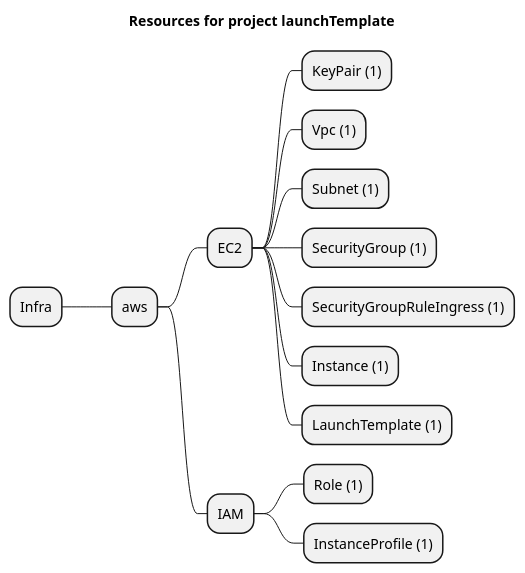
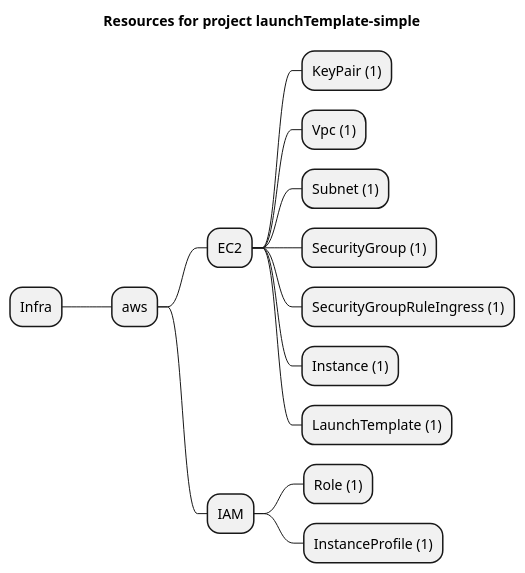
Before and after one commit to grucloud/grucloud: the diagram in examples/aws/EC2/LaunchTemplate/launchTemplate-simple/artifacts/resources-mindmap.puml, drawn with PlantUML. The commit also changed 31 other files, not shown here.

```diff
--- a/examples/aws/EC2/LaunchTemplate/launchTemplate-simple/artifacts/resources-mindmap.puml
+++ b/examples/aws/EC2/LaunchTemplate/launchTemplate-simple/artifacts/resources-mindmap.puml
@@ -1,17 +1,17 @@
 @startmindmap
-title Resources for project launchTemplate
+title Resources for project launchTemplate-simple
 skinparam monochrome true
 + Infra
 ++ aws
 +++ EC2
 ++++ KeyPair (1)
 ++++ Vpc (1)
 ++++ Subnet (1)
 ++++ SecurityGroup (1)
 ++++ SecurityGroupRuleIngress (1)
 ++++ Instance (1)
 ++++ LaunchTemplate (1)
 +++ IAM
 ++++ Role (1)
 ++++ InstanceProfile (1)
 @endmindmap
```
